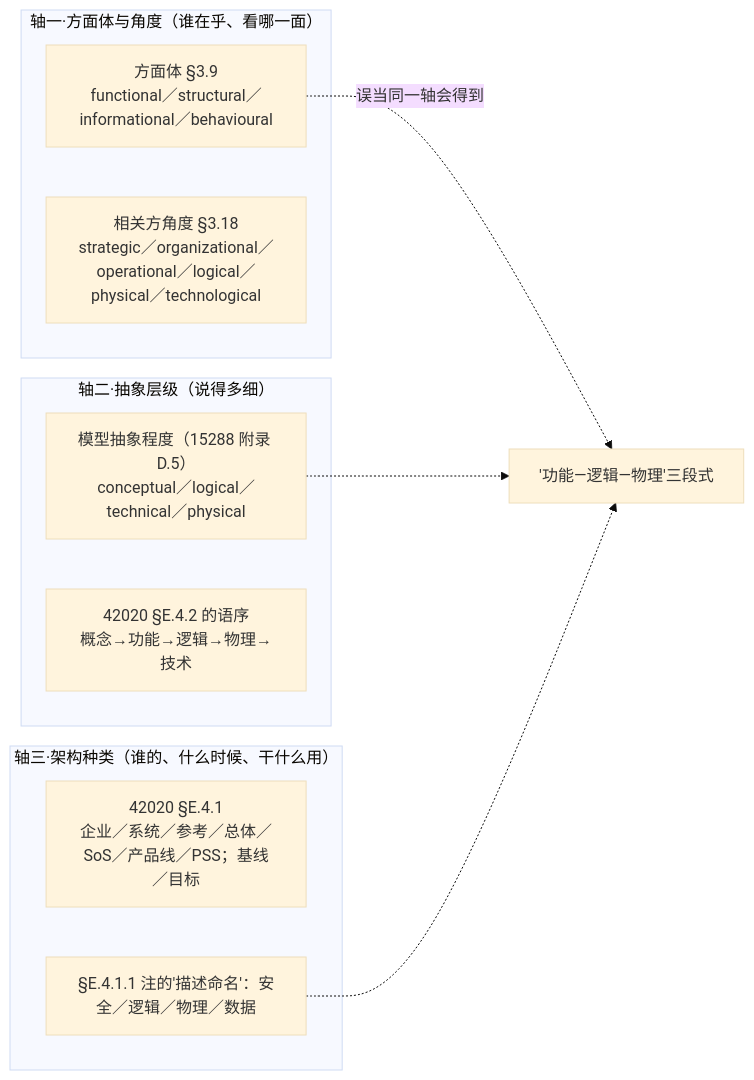
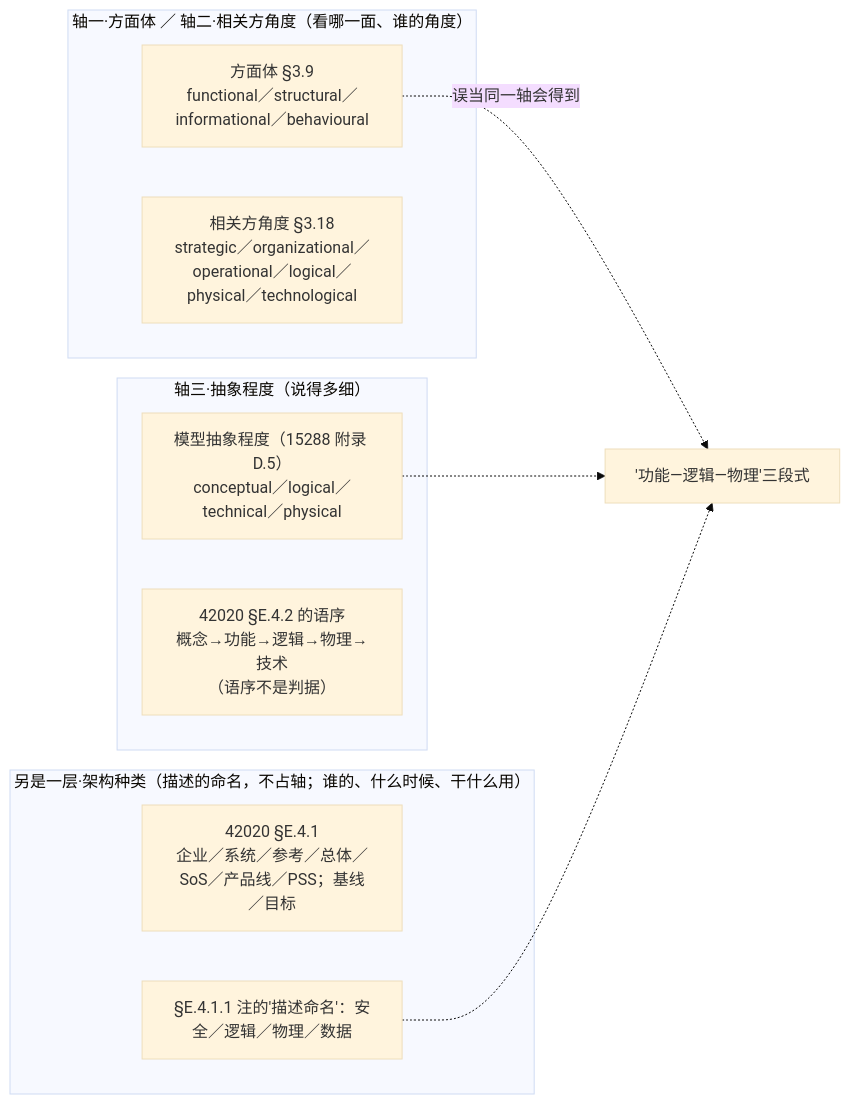
Before and after one commit to Yongjunzhou/business-Engineering: the second of 10 diagrams in 10-系统工程研究/00-系统工程相关研究报告/37-架构视图口径研究报告-从三词定位到七类视图与三张清单并附HUD·EOS·冷链·合同审批四套示例.md, drawn with Mermaid (base theme). The commit also changed other lines of this file and 27 other files, not shown here.

````diff
--- a/10-系统工程研究/00-系统工程相关研究报告/37-架构视图口径研究报告-从三词定位到七类视图与三张清单并附HUD·EOS·冷链·合同审批四套示例.md
+++ b/10-系统工程研究/00-系统工程相关研究报告/37-架构视图口径研究报告-从三词定位到七类视图与三张清单并附HUD·EOS·冷链·合同审批四套示例.md
@@ -219,18 +219,18 @@
 ```mermaid
 flowchart LR
-  subgraph AX1["轴一·方面体与角度（谁在乎、看哪一面）"]
+  subgraph AX1["轴一·方面体 ／ 轴二·相关方角度（看哪一面、谁的角度）"]
     A1["方面体 §3.9<br/>functional／structural／informational／behavioural"]
     A2["相关方角度 §3.18<br/>strategic／organizational／operational／logical／physical／technological"]
   end
-  subgraph AX2["轴二·抽象层级（说得多细）"]
+  subgraph AX2["轴三·抽象程度（说得多细）"]
     B1["模型抽象程度（15288 附录 D.5）<br/>conceptual／logical／technical／physical"]
-    B2["42020 §E.4.2 的语序<br/>概念→功能→逻辑→物理→技术"]
+    B2["42020 §E.4.2 的语序<br/>概念→功能→逻辑→物理→技术<br/>（语序不是判据）"]
   end
-  subgraph AX3["轴三·架构种类（谁的、什么时候、干什么用）"]
+  subgraph AX3["另是一层·架构种类（描述的命名，不占轴；谁的、什么时候、干什么用）"]
     C1["42020 §E.4.1<br/>企业／系统／参考／总体／SoS／产品线／PSS；基线／目标"]
     C2["§E.4.1.1 注的'描述命名'：安全／逻辑／物理／数据"]
   end
   A1 -.->|误当同一轴会得到| X["'功能—逻辑—物理'三段式"]
   B1 -.-> X
   C2 -.-> X
 ```
````
